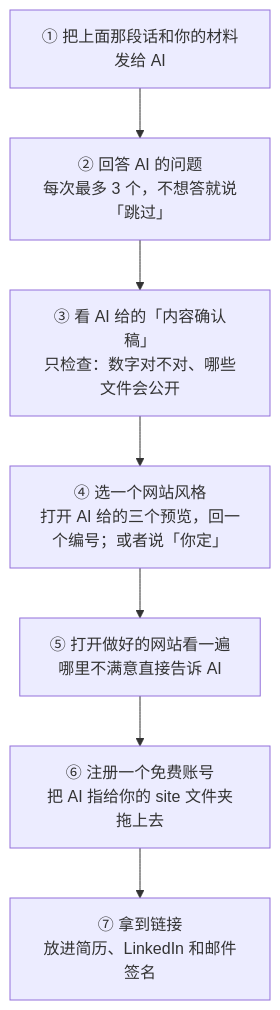
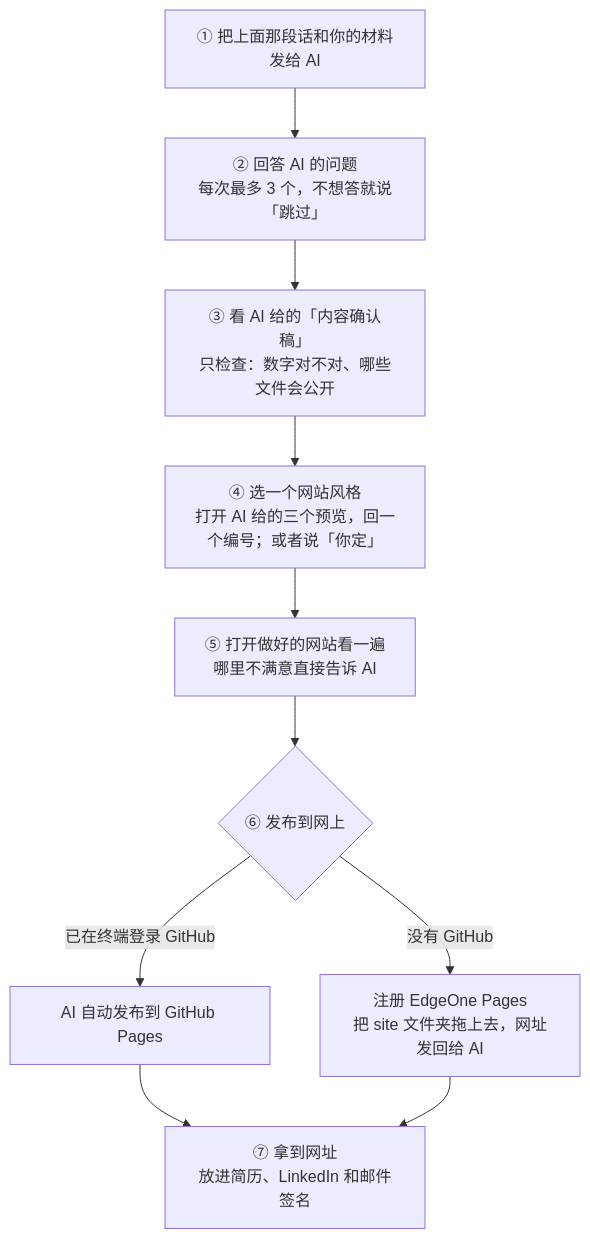
Before and after one commit to Zmx1122/resume-portfolio-site: the diagram in README.md, drawn with Mermaid. The commit also changed other lines of this file and 3 other files, not shown here.

First line of the commit message:
Make GitHub Pages the default publish path; add three hosting options

````diff
--- a/README.md
+++ b/README.md
@@ -60,9 +60,12 @@
 ```mermaid
 flowchart TD
     A["① 把上面那段话和你的材料发给 AI"] --> B["② 回答 AI 的问题<br/>每次最多 3 个，不想答就说「跳过」"]
     B --> C["③ 看 AI 给的「内容确认稿」<br/>只检查：数字对不对、哪些文件会公开"]
     C --> D["④ 选一个网站风格<br/>打开 AI 给的三个预览，回一个编号；或者说「你定」"]
     D --> E["⑤ 打开做好的网站看一遍<br/>哪里不满意直接告诉 AI"]
-    E --> F["⑥ 注册一个免费账号<br/>把 AI 指给你的 site 文件夹拖上去"]
-    F --> G["⑦ 拿到链接<br/>放进简历、LinkedIn 和邮件签名"]
+    E --> F{"⑥ 发布到网上"}
+    F -->|已在终端登录 GitHub| G1["AI 自动发布到 GitHub Pages"]
+    F -->|没有 GitHub| G2["注册 EdgeOne Pages<br/>把 site 文件夹拖上去，网址发回给 AI"]
+    G1 --> H["⑦ 拿到网址<br/>放进简历、LinkedIn 和邮件签名"]
+    G2 --> H
 ```
````
